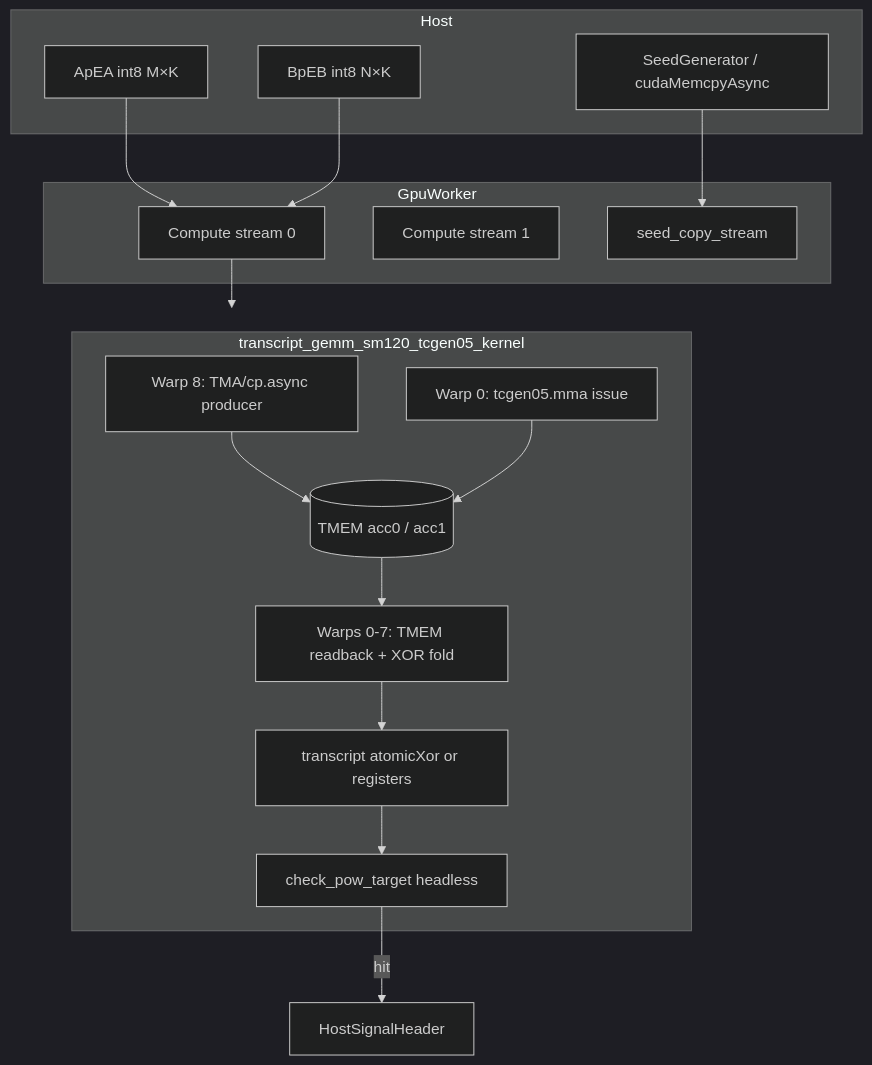
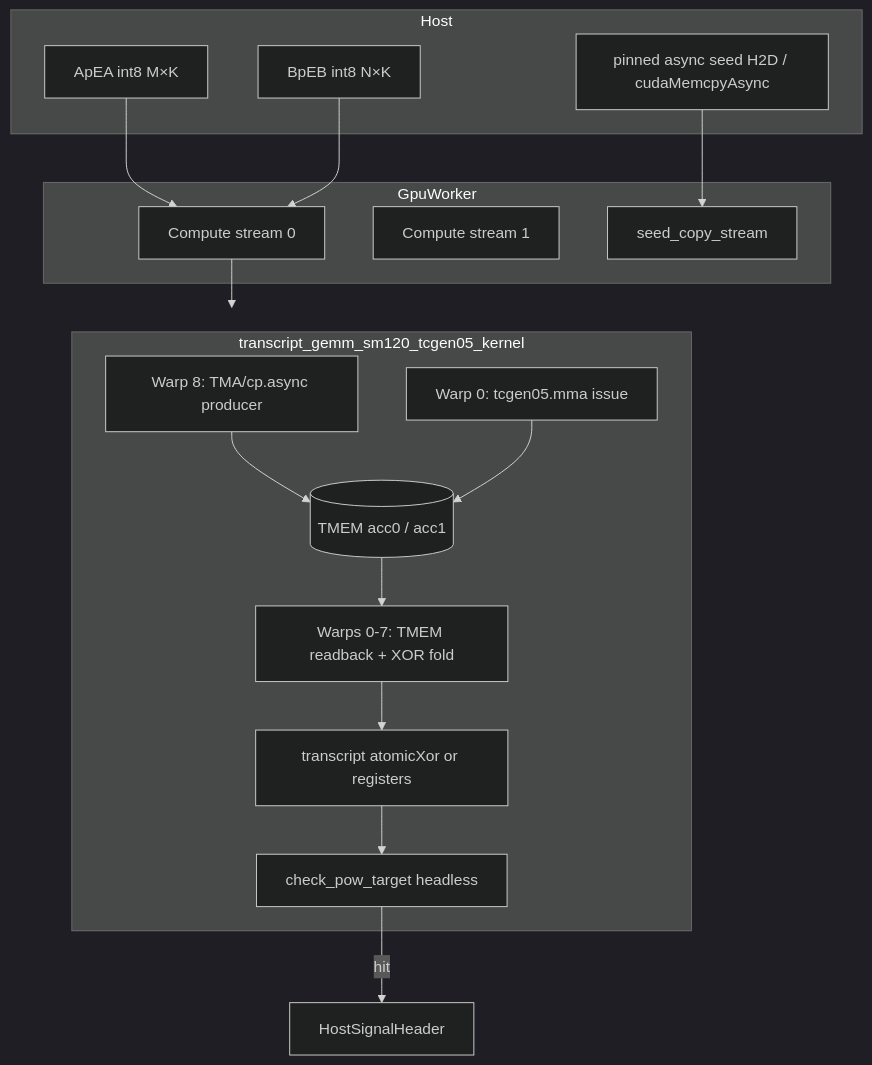
Before and after one commit to ehab-moustafa/PropMiner: the diagram in performance optimizations/01-native-tcgen05-tmem-gemm.md, drawn with Mermaid (dark theme). The commit also changed 73 other files, not shown here.

````diff
--- a/performance optimizations/01-native-tcgen05-tmem-gemm.md
+++ b/performance optimizations/01-native-tcgen05-tmem-gemm.md
@@ -755,34 +755,34 @@
 ```mermaid
 flowchart TB
   subgraph Host
     A[ApEA int8 M×K]
     B[BpEB int8 N×K]
-    Seeds[SeedGenerator / cudaMemcpyAsync]
+    Seeds[pinned async seed H2D / cudaMemcpyAsync]
   end
 
   subgraph GpuWorker
     Stream0[Compute stream 0]
     Stream1[Compute stream 1]
     CopyStream[seed_copy_stream]
   end
 
   subgraph Kernel_sm120_tcgen05["transcript_gemm_sm120_tcgen05_kernel"]
     W8[Warp 8: TMA/cp.async producer]
     W0[Warp 0: tcgen05.mma issue]
     W07[Warps 0-7: TMEM readback + XOR fold]
     TMEM[(TMEM acc0 / acc1)]
     TR[transcript atomicXor or registers]
     PoW[check_pow_target headless]
   end
 
   Seeds --> CopyStream
   A --> Stream0
   B --> Stream0
   Stream0 --> Kernel_sm120_tcgen05
   W8 --> TMEM
   W0 --> TMEM
   TMEM --> W07
   W07 --> TR
   TR --> PoW
   PoW -->|hit| Header[HostSignalHeader]
 ```
````
